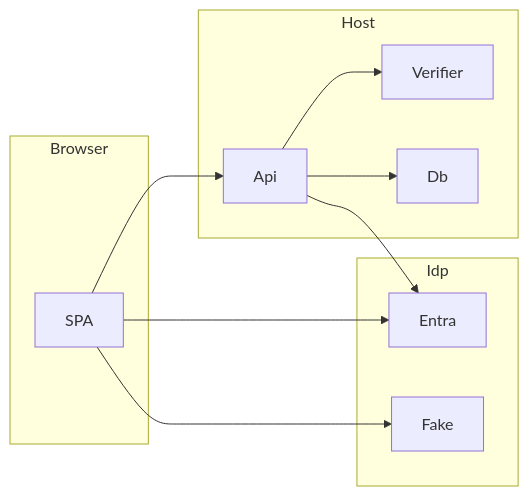
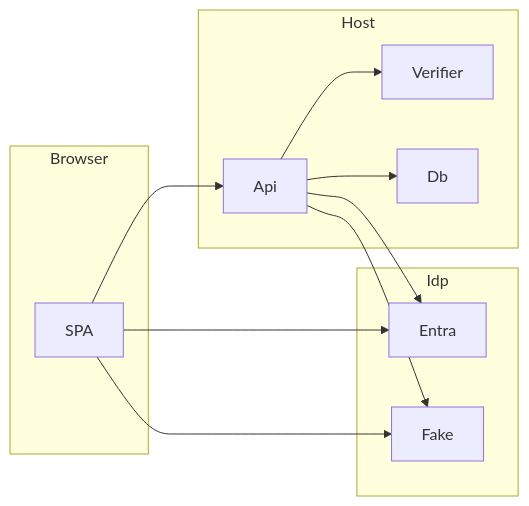
Before and after one commit to alfredorevilla/voice-step-up: the diagram in docs/threat-model.md, drawn with Mermaid. The commit also changed other lines of this file, not shown here.

````diff
--- a/docs/threat-model.md
+++ b/docs/threat-model.md
@@ -33,21 +35,22 @@
 ```mermaid
 flowchart LR
   subgraph Browser
     SPA
   end
   subgraph Idp
     Entra
     Fake
   end
   subgraph Host
     Api
     Verifier
     Db
   end
   SPA --> Entra
   SPA --> Fake
   SPA --> Api
   Api --> Entra
+  Api --> Fake
   Api --> Verifier
   Api --> Db
 ```
````
